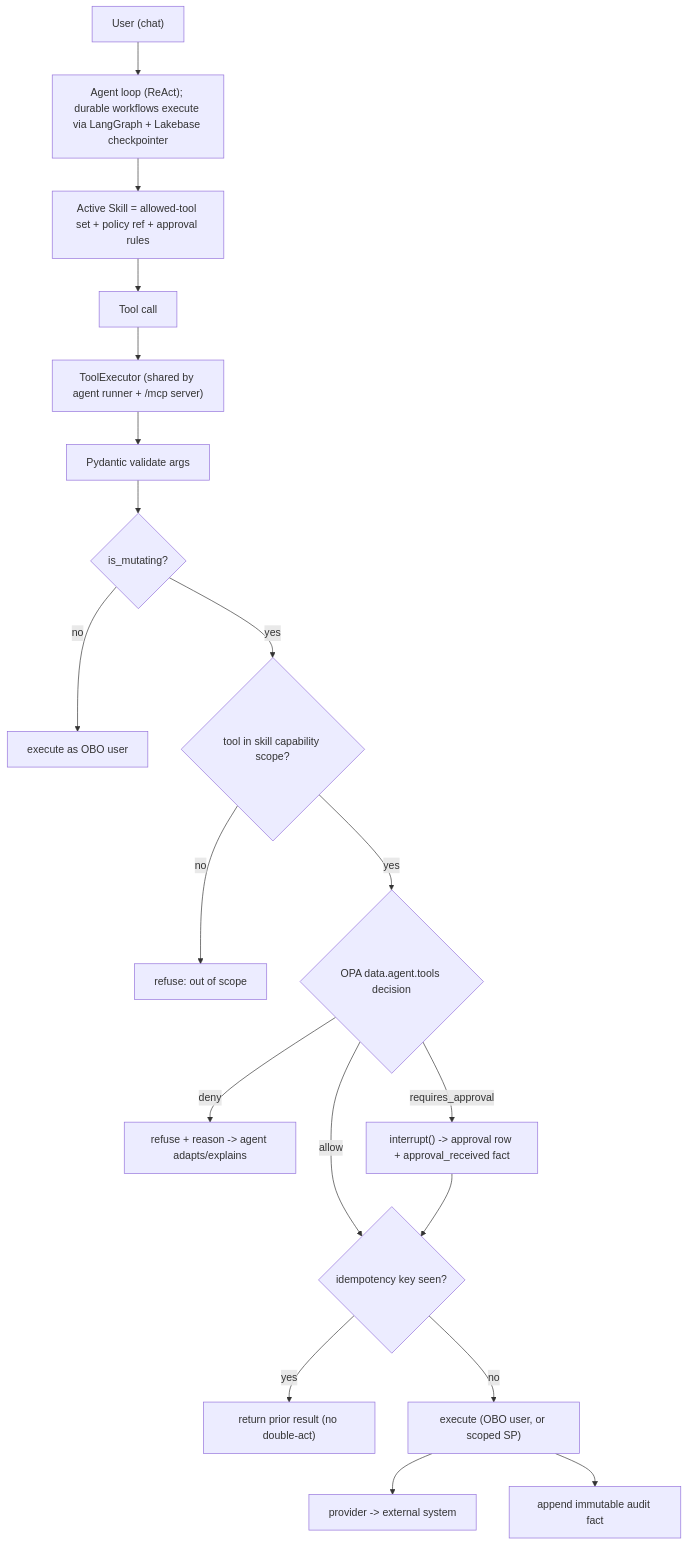
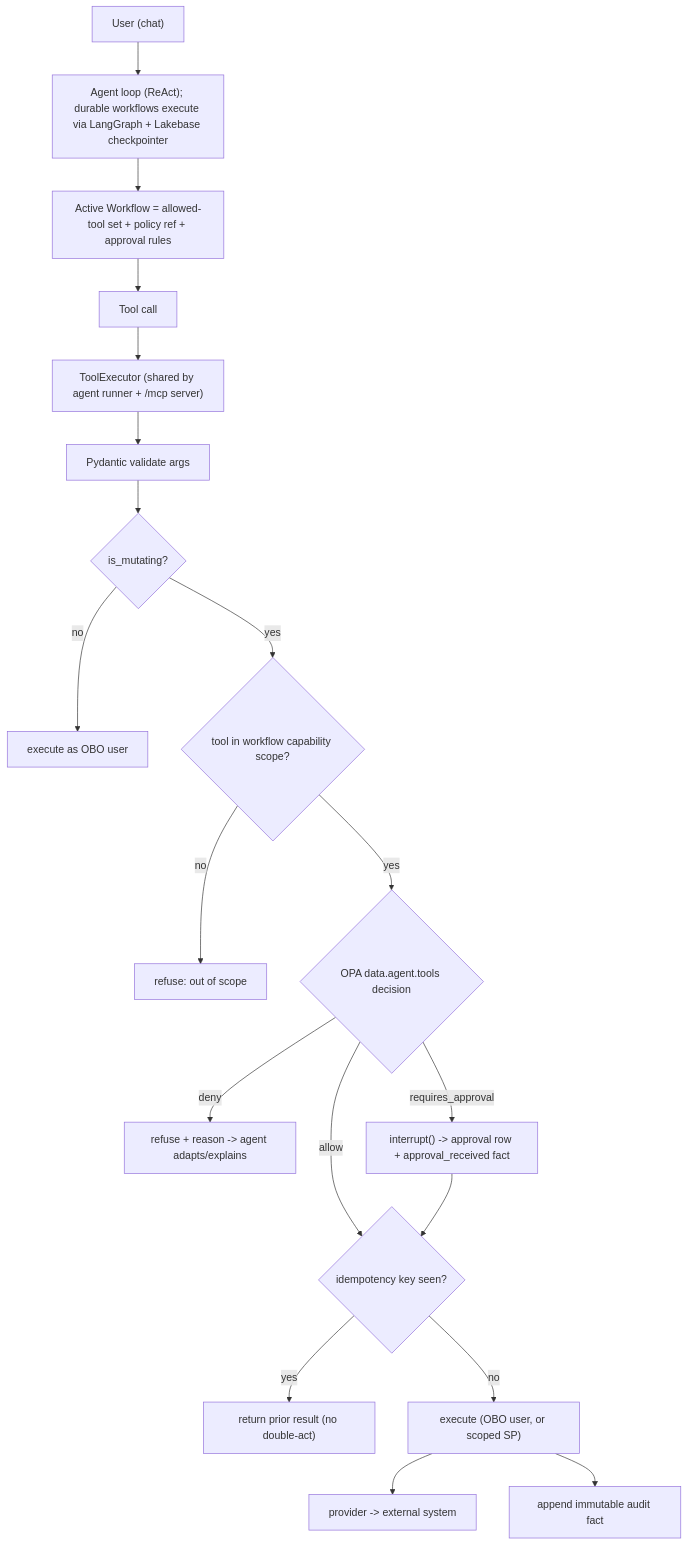
One commit to TaylorAHanson/ssc changed the first of 3 diagrams in docs/ARCHITECTURE_V2.md. Above: the diagram before and after it, drawn with Mermaid. The commit also changed other lines of this file and 52 other files, not shown here.

````diff
--- a/docs/ARCHITECTURE_V2.md
+++ b/docs/ARCHITECTURE_V2.md
@@ -59,21 +59,21 @@
 ```mermaid
 flowchart TD
     User["User (chat)"] --> Agent["Agent loop (ReAct); durable workflows execute via LangGraph + Lakebase checkpointer"]
-    Agent --> Skill["Active Skill = allowed-tool set + policy ref + approval rules"]
-    Skill --> Call["Tool call"]
+    Agent --> Workflow["Active Workflow = allowed-tool set + policy ref + approval rules"]
+    Workflow --> Call["Tool call"]
     Call --> Exec["ToolExecutor (shared by agent runner + /mcp server)"]
     Exec --> Validate["Pydantic validate args"]
     Validate --> Class{"is_mutating?"}
     Class -->|no| RunRead["execute as OBO user"]
-    Class -->|yes| Scope{"tool in skill capability scope?"}
+    Class -->|yes| Scope{"tool in workflow capability scope?"}
     Scope -->|no| Block["refuse: out of scope"]
     Scope -->|yes| Policy{"OPA data.agent.tools decision"}
     Policy -->|deny| Refuse["refuse + reason -> agent adapts/explains"]
     Policy -->|requires_approval| HITL["interrupt() -> approval row + approval_received fact"]
     Policy -->|allow| Idem{"idempotency key seen?"}
     HITL --> Idem
     Idem -->|yes| Cached["return prior result (no double-act)"]
     Idem -->|no| RunWrite["execute (OBO user, or scoped SP)"]
     RunWrite --> Prov["provider -> external system"]
     RunWrite --> Fact["append immutable audit fact"]
 ```
````
